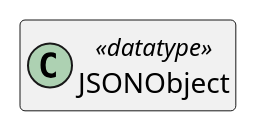
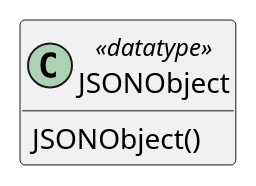
Before and after one commit to sandflow/otio-core-specification: diagram 31 of 32 in src/main/md/otio-core.md, drawn with PlantUML. The commit also changed other lines of this file and 11 other files, not shown here.

Commit message:
Updated schema per test material

````diff
--- a/src/main/md/otio-core.md
+++ b/src/main/md/otio-core.md
@@ -1614,9 +1773,11 @@
 ```puml
 @startuml
 hide empty members
 skinparam classAttributeIconSize 0
 
-class JSONObject <<datatype>>
+class JSONObject <<datatype>> {
+  JSONObject()
+}
 
 @enduml
 ```
````
